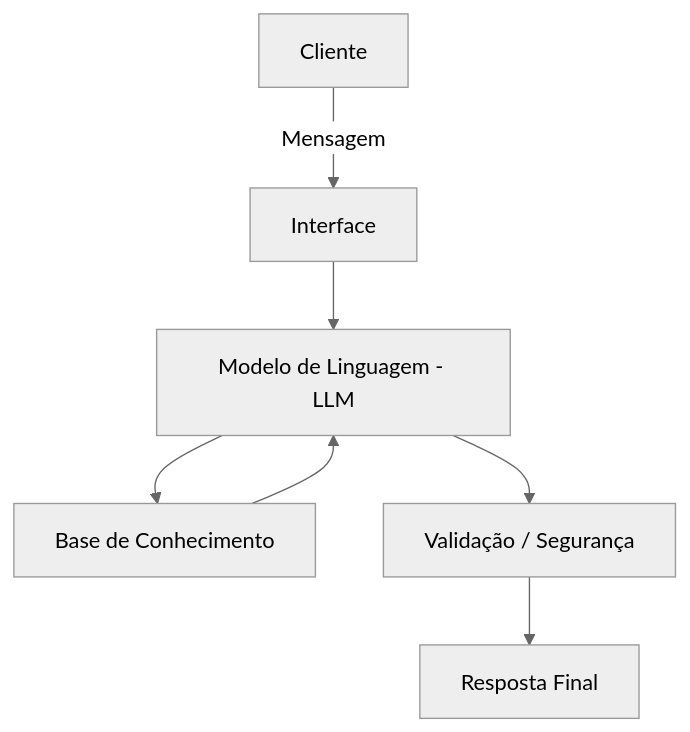
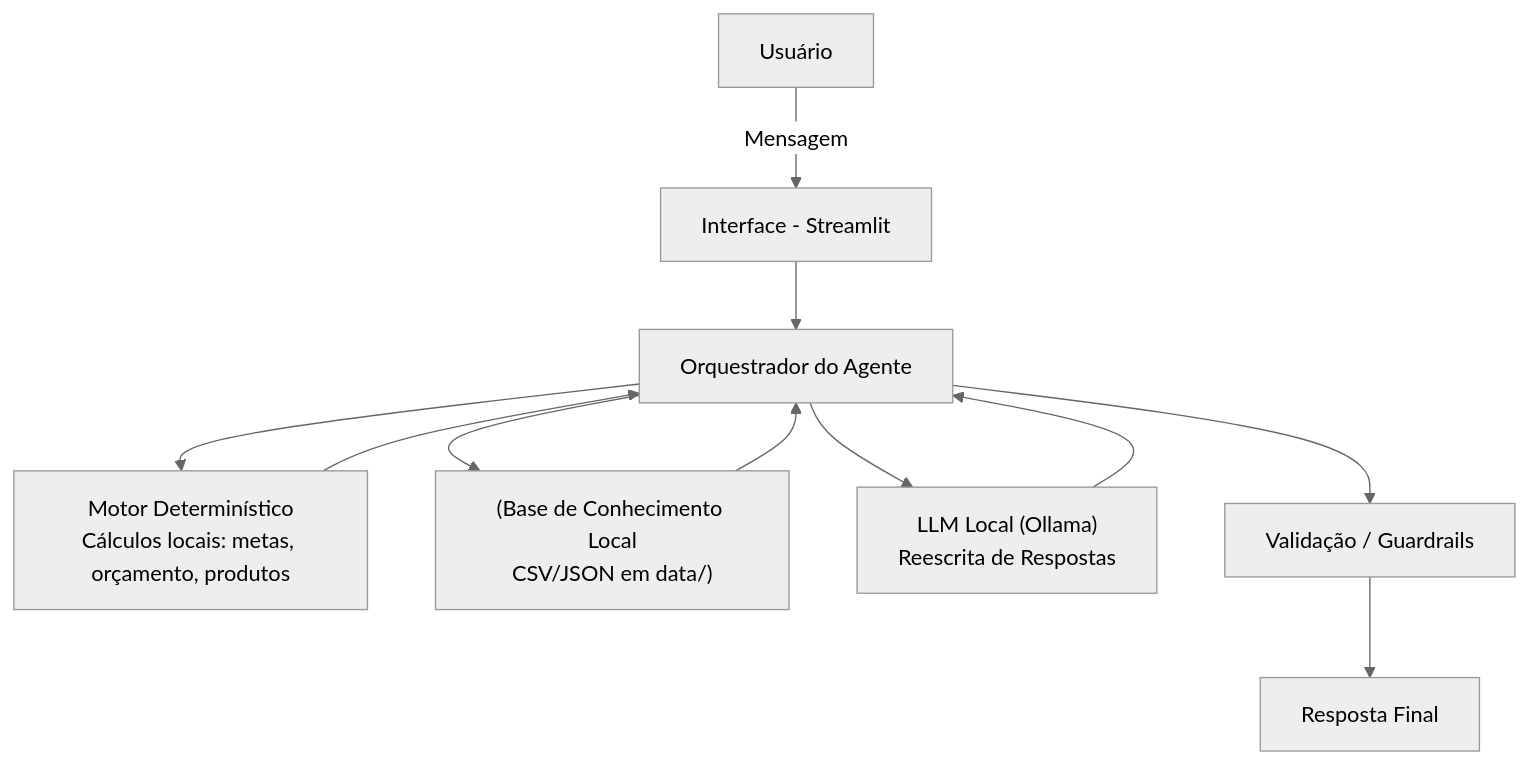
The diagram in docs/01-documentacao-agente.md (DeusdedithJhunior/dio-lab-bia-do-futuro), drawn with Mermaid (neutral theme) before and after one commit. The commit also changed other lines of this file, not shown here.

First line of the commit message:
Revise a documentação do agente MAIA

````diff
--- a/docs/01-documentacao-agente.md
+++ b/docs/01-documentacao-agente.md
@@ -88,9 +114,17 @@
 ```mermaid
 flowchart TD
-    A[Cliente] -->|Mensagem| B[Interface]
-    B --> C[Modelo de Linguagem - LLM]
-    C --> D[Base de Conhecimento]
+    A[Usuário] -->|Mensagem| B[Interface - Streamlit]
+
+    B --> C[Orquestrador do Agente]
+
+    C --> D[Motor Determinístico\nCálculos locais: metas, orçamento, produtos]
+    C --> E["(Base de Conhecimento Local\nCSV/JSON em data/)"]
+    C --> F["LLM Local (Ollama)\nReescrita de Respostas"]
+
     D --> C
-    C --> E[Validação / Segurança]
-    E --> F[Resposta Final]
+    E --> C
+    F --> C
+
+    C --> G[Validação / Guardrails]
+    G --> H[Resposta Final]
 ```
````
